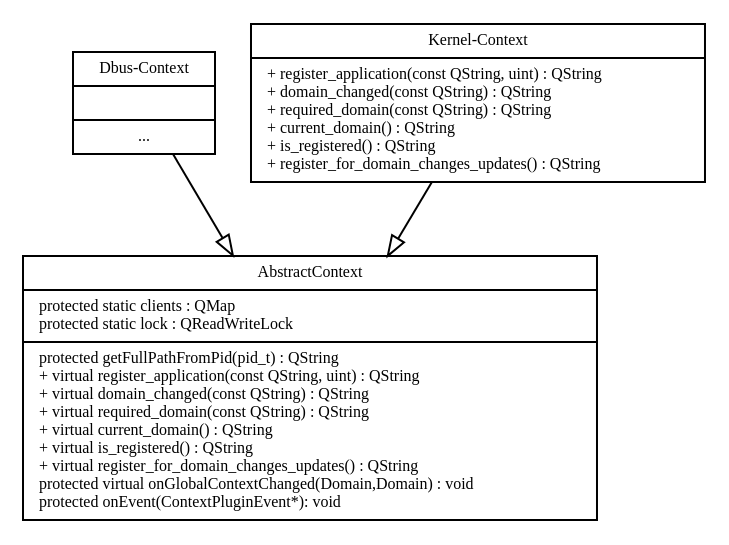
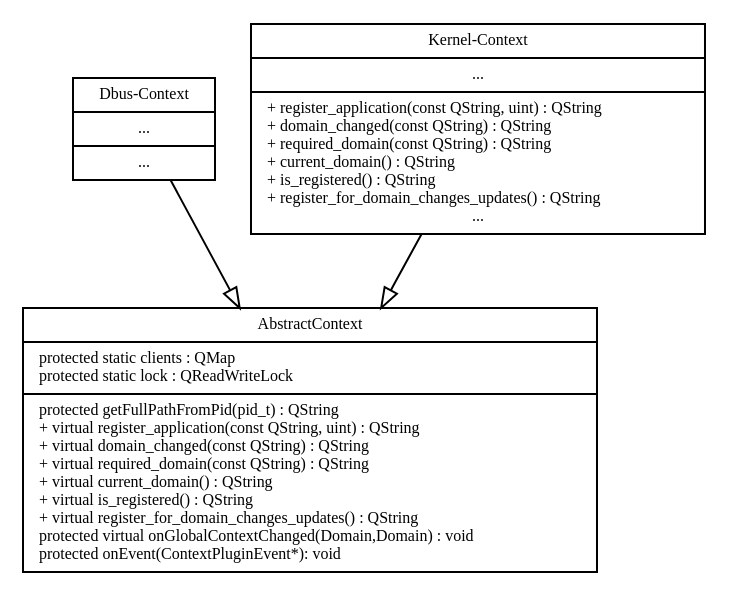
Before and after one commit to Siosm/contextd-capture: the diagram in rapport/attachements/class.dot, drawn with Graphviz. The commit also changed 2 other files, not shown here.

```diff
--- a/rapport/attachements/class.dot
+++ b/rapport/attachements/class.dot
@@ -1,34 +1,34 @@
 digraph G {
 	fontname = "Bitstream Vera Sans"
 	fontsize = 8
 	
 	node [
 		fontname  ="Bitstream Vera Sans"
 		fontsize = 8
 		shape = "record"
 	]
 
 	edge [
 		fontname  ="Bitstream Vera Sans"
 		fontsize = 8
 		arrowhead = "empty"
 	]
 
 	abstractcontext [
 		label = "{AbstractContext|protected static clients : QMap\lprotected static lock : QReadWriteLock\l|protected getFullPathFromPid(pid_t) : QString\l+ virtual register_application(const QString, uint) : QString\l+ virtual domain_changed(const QString) : QString\l+ virtual required_domain(const QString) : QString\l+ virtual current_domain() : QString\l+ virtual is_registered() : QString\l+ virtual register_for_domain_changes_updates() : QString\lprotected virtual onGlobalContextChanged(Domain,Domain) : void\lprotected onEvent(ContextPluginEvent*): void\l}"
 		//label = "{abstractcontext|protected static clients : QMap\lprotected static lock : QReadWriteLock\l|protected getFullPathFromPid(pid_t) : QString\l...}"
 	]
 
 	dbuscontext [
-		label = "{Dbus-Context||...}"
+		label = "{Dbus-Context|...|...}"
 	]
 
 	kernelcontext [
-		label = "{Kernel-Context|+ register_application(const QString, uint) : QString\l+ domain_changed(const QString) : QString\l+ required_domain(const QString) : QString\l+ current_domain() : QString\l+ is_registered() : QString\l+ register_for_domain_changes_updates() : QString\l}"
+		label = "{Kernel-Context|...|+ register_application(const QString, uint) : QString\l+ domain_changed(const QString) : QString\l+ required_domain(const QString) : QString\l+ current_domain() : QString\l+ is_registered() : QString\l+ register_for_domain_changes_updates() : QString\l...}"
 	]
 
 	dbuscontext->abstractcontext;
 	kernelcontext->abstractcontext;
 
 }
 // dot -T pdf -o class.pdf class.dot
```
